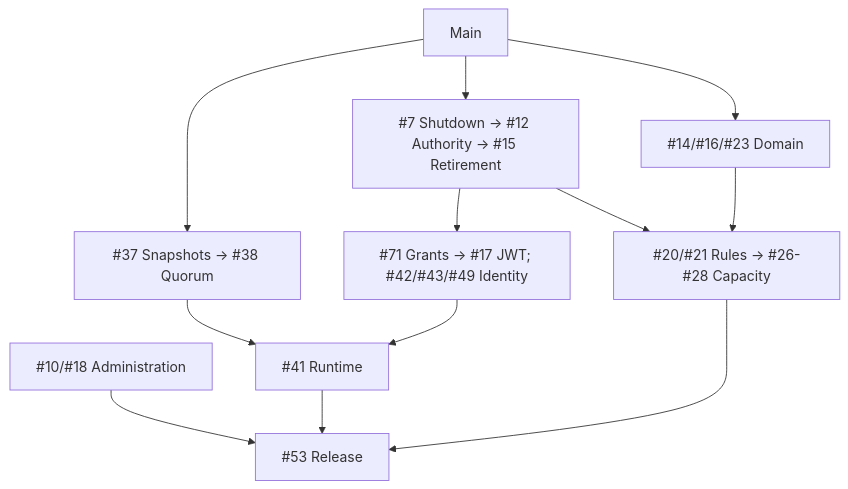
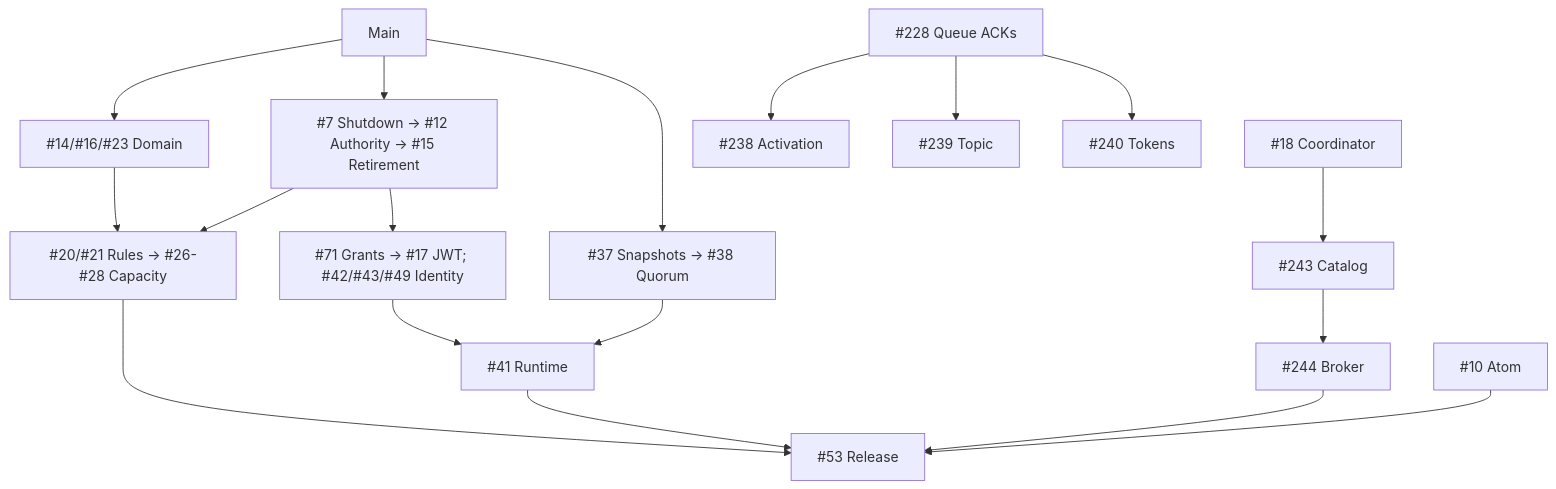
Before and after one commit to DeandreT/switchyard: the first of 2 diagrams in docs/roadmap.md, drawn with Mermaid. The commit also changed other lines of this file, not shown here.

````diff
--- a/docs/roadmap.md
+++ b/docs/roadmap.md
@@ -24,9 +24,12 @@
 ```mermaid
 flowchart TD
     Main["Main"] --> Lifecycle["#7 Shutdown -> #12 Authority -> #15 Retirement"] --> Semantics["#20/#21 Rules -> #26-#28 Capacity"]
     Main --> Domain["#14/#16/#23 Domain"] --> Semantics
     Main --> Recovery["#37 Snapshots -> #38 Quorum"] --> Runtime["#41 Runtime"]
     Lifecycle --> Security["#71 Grants -> #17 JWT; #42/#43/#49 Identity"] --> Runtime
-    Admin["#10/#18 Administration"] --> Gates["#53 Release"]
+    Atom["#10 Atom"] --> Gates["#53 Release"]
+    Admin["#18 Coordinator"] --> Catalog["#243 Catalog"] --> Broker["#244 Broker"] --> Gates
+    Allocation["#228 Queue ACKs"] --> Activation["#238 Activation"]
+    Allocation --> Topic["#239 Topic"]; Allocation --> Tokens["#240 Tokens"]
     Runtime --> Gates; Semantics --> Gates
 ```
````
